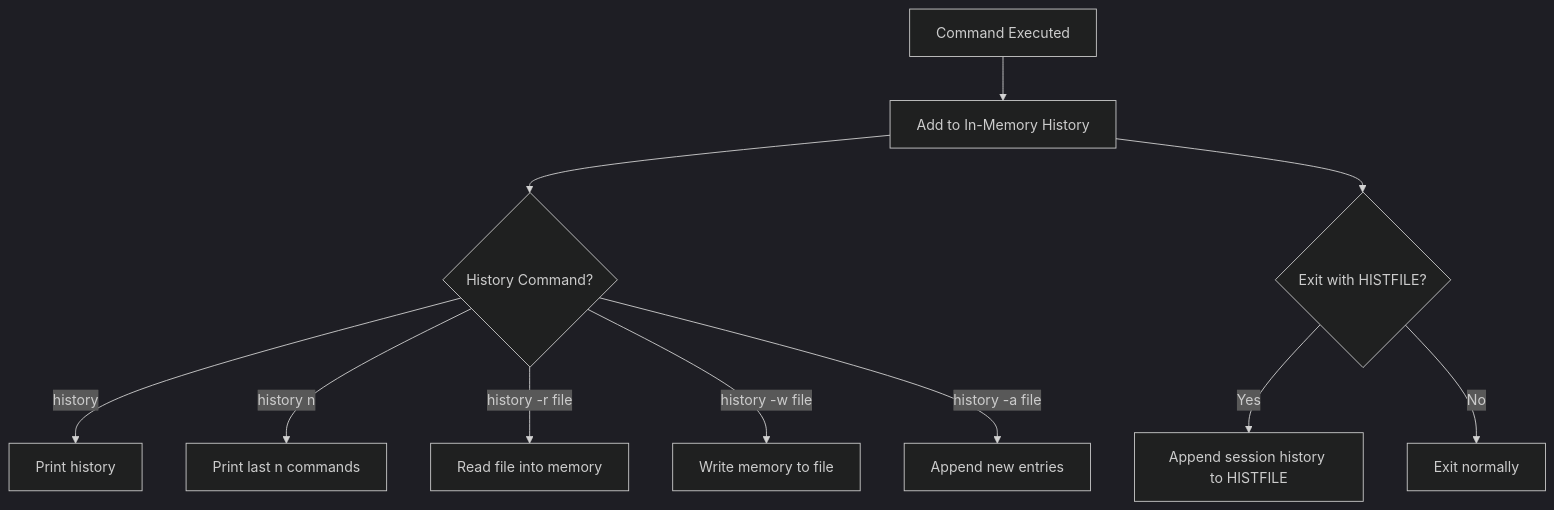
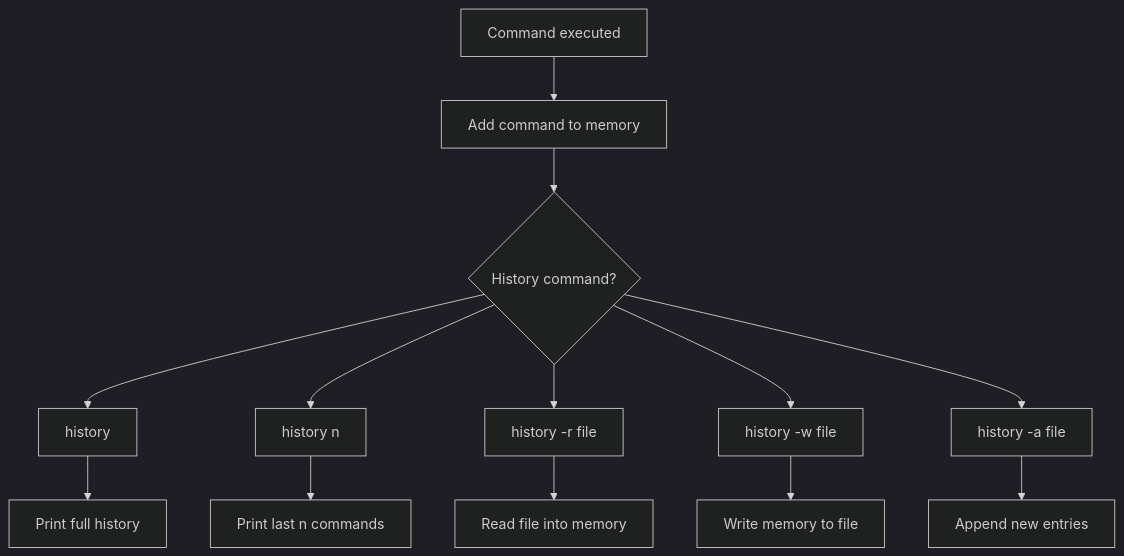
One commit to ItsSanskar8/OS-ShellProject changed the sixth of 8 diagrams in README.md. Above: the diagram before and after it, drawn with Mermaid (dark theme). The commit also changed other lines of this file, not shown here.

````diff
--- a/README.md
+++ b/README.md
@@ -186,15 +258,17 @@
 ```mermaid
 flowchart TD
-    A[Command Executed] --> B[Add to In-Memory History]
-    B --> C{History Command?}
+    A["Command executed"] --> B["Add command to memory"]
+    B --> C{"History command?"}
 
-    C -->|history| D[Print history]
-    C -->|history n| E[Print last n commands]
-    C -->|history -r file| F[Read file into memory]
-    C -->|history -w file| G[Write memory to file]
-    C -->|history -a file| H[Append new entries]
+    C --> D["history"]
+    C --> E["history n"]
+    C --> F["history -r file"]
+    C --> G["history -w file"]
+    C --> H["history -a file"]
 
-    B --> I{Exit with HISTFILE?}
-    I -->|Yes| J[Append session history to HISTFILE]
-    I -->|No| K[Exit normally]
+    D --> I["Print full history"]
+    E --> J["Print last n commands"]
+    F --> K["Read file into memory"]
+    G --> L["Write memory to file"]
+    H --> M["Append new entries"]
 ```
````
